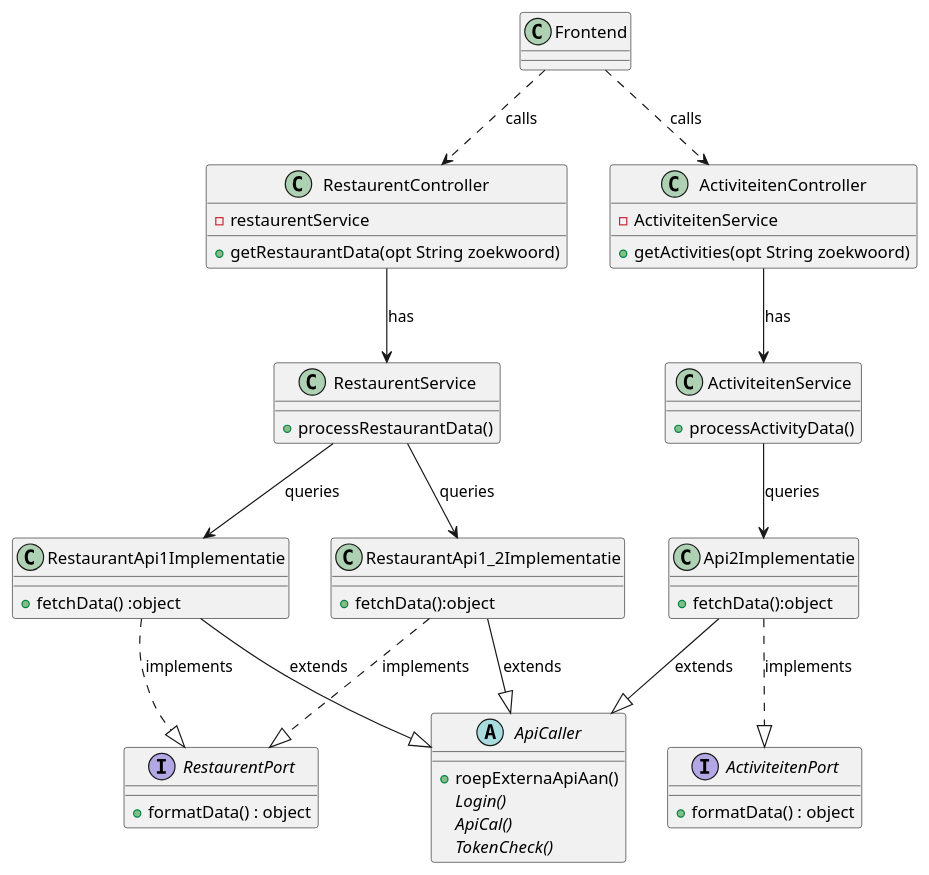
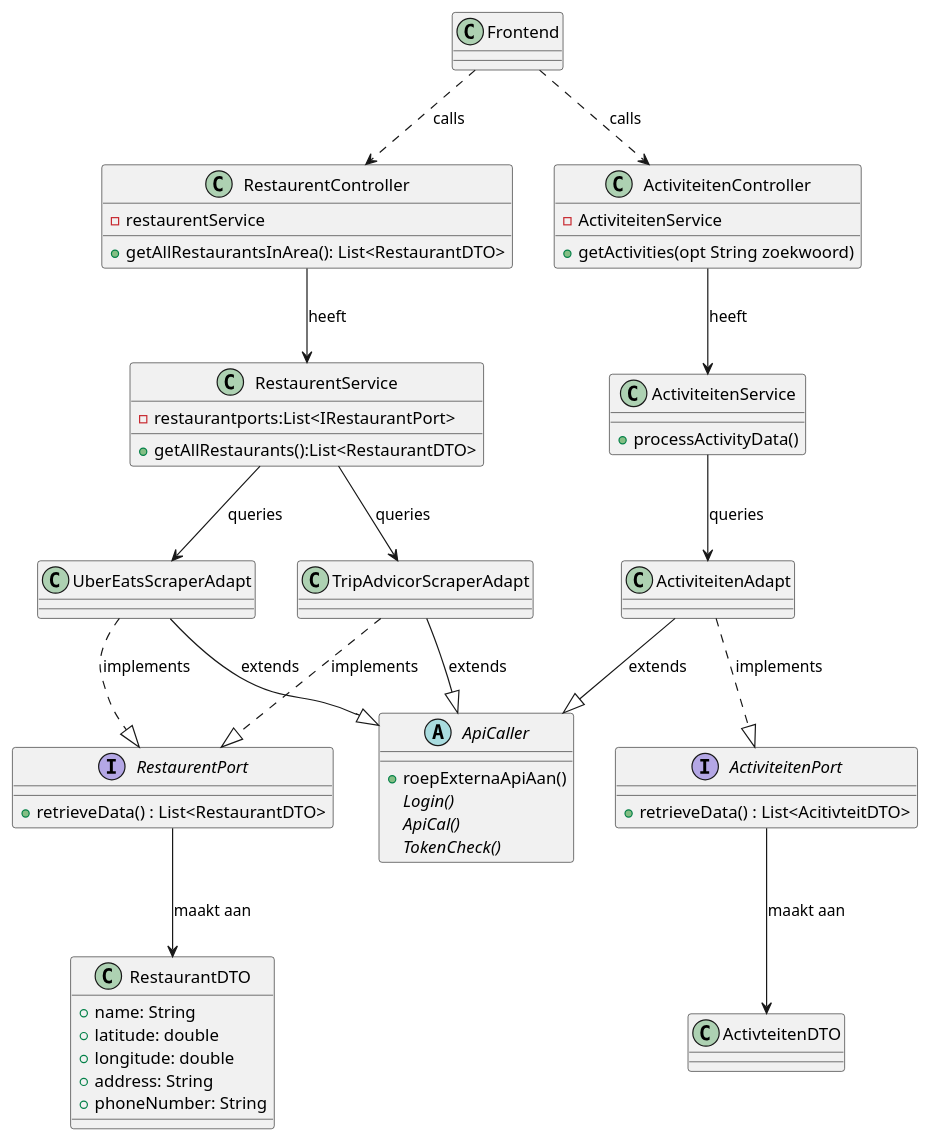
Before and after one commit to AIM-ENE-feb25/triptop-jrn: the diagram in opdracht-diagrammen/classDiagram.puml, drawn with PlantUML. The commit also changed 2 other files, not shown here.

Commit message:
klasse diagram aanpassen

```diff
--- a/opdracht-diagrammen/classDiagram.puml
+++ b/opdracht-diagrammen/classDiagram.puml
@@ -1,66 +1,75 @@
 @startuml
 
 abstract class ApiCaller {
     + roepExternaApiAan()
     Login() {abstract}
     ApiCal() {abstract}
     TokenCheck() {abstract}
 }
 
 interface RestaurentPort {
-  + formatData() : object
+  +  retrieveData() : List<RestaurantDTO>
 }
 
 interface ActiviteitenPort {
-  + formatData() : object
+  +  retrieveData() : List<AcitivteitDTO>
 }
 
 class RestaurentController {
   - restaurentService
-  + getRestaurantData(opt String zoekwoord)
+  + getAllRestaurantsInArea(): List<RestaurantDTO>
 }
 
 class ActiviteitenController {
   - ActiviteitenService
   + getActivities(opt String zoekwoord)
 }
 
 class RestaurentService {
-  + processRestaurantData()
+  - restaurantports:List<IRestaurantPort>
+  + getAllRestaurants():List<RestaurantDTO>
 }
 
 class ActiviteitenService {
   + processActivityData()
 }
 
-class RestaurantApi1Implementatie {
-  + fetchData() :object
+class UberEatsScraperAdapt  {
 }
 
-class RestaurantApi1_2Implementatie {
-  + fetchData():object
+class TripAdvicorScraperAdapt  {
 }
 
-class Api2Implementatie {
-  + fetchData():object
+class ActiviteitenAdapt {
+}
+
+class RestaurantDTO{
+    + name: String
+    + latitude: double
+    + longitude: double
+    + address: String
+    + phoneNumber: String
 }
 
 Frontend ..> RestaurentController : "calls"
 Frontend ..> ActiviteitenController : "calls"
 
-RestaurentController --> RestaurentService : "has"
-ActiviteitenController --> ActiviteitenService : "has"
+RestaurentController --> RestaurentService : "heeft"
+ActiviteitenController --> ActiviteitenService : "heeft"
 
-RestaurentService --> RestaurantApi1Implementatie : "queries"
-RestaurentService --> RestaurantApi1_2Implementatie : "queries"
-ActiviteitenService --> Api2Implementatie : "queries"
+RestaurentService --> UberEatsScraperAdapt  : "queries"
+RestaurentService --> TripAdvicorScraperAdapt : "queries"
+ActiviteitenService --> ActiviteitenAdapt : "queries"
 
-RestaurantApi1Implementatie ..|> RestaurentPort : "implements"
-RestaurantApi1_2Implementatie ..|> RestaurentPort : "implements"
-Api2Implementatie ..|> ActiviteitenPort : "implements"
+UberEatsScraperAdapt  ..|> RestaurentPort : "implements"
+TripAdvicorScraperAdapt ..|> RestaurentPort : "implements"
+ActiviteitenAdapt ..|> ActiviteitenPort : "implements"
 
-RestaurantApi1Implementatie --|> ApiCaller : "extends"
-RestaurantApi1_2Implementatie --|> ApiCaller : "extends"
-Api2Implementatie --|> ApiCaller : "extends"
+UberEatsScraperAdapt  --|> ApiCaller : "extends"
+TripAdvicorScraperAdapt --|> ApiCaller : "extends"
+ActiviteitenAdapt --|> ApiCaller : "extends"
+
+RestaurentPort --> RestaurantDTO : maakt aan
+ActiviteitenPort --> ActivteitenDTO: maakt aan
 
 @enduml
```
